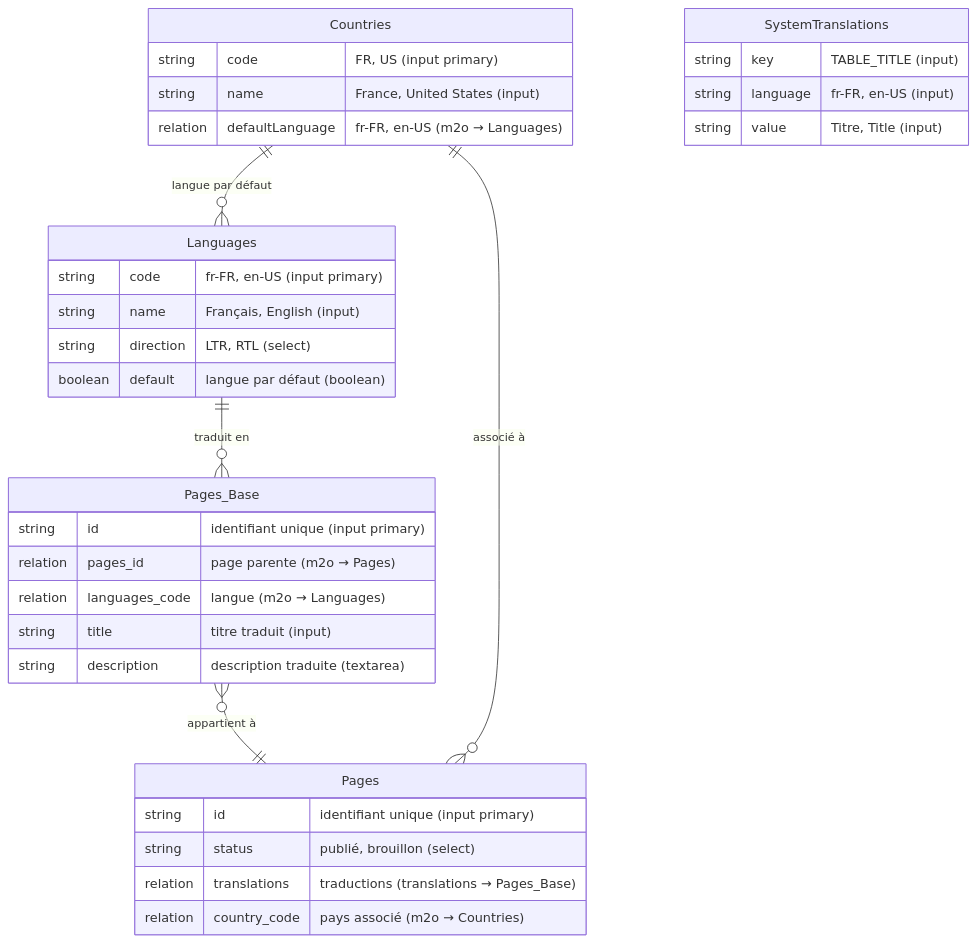
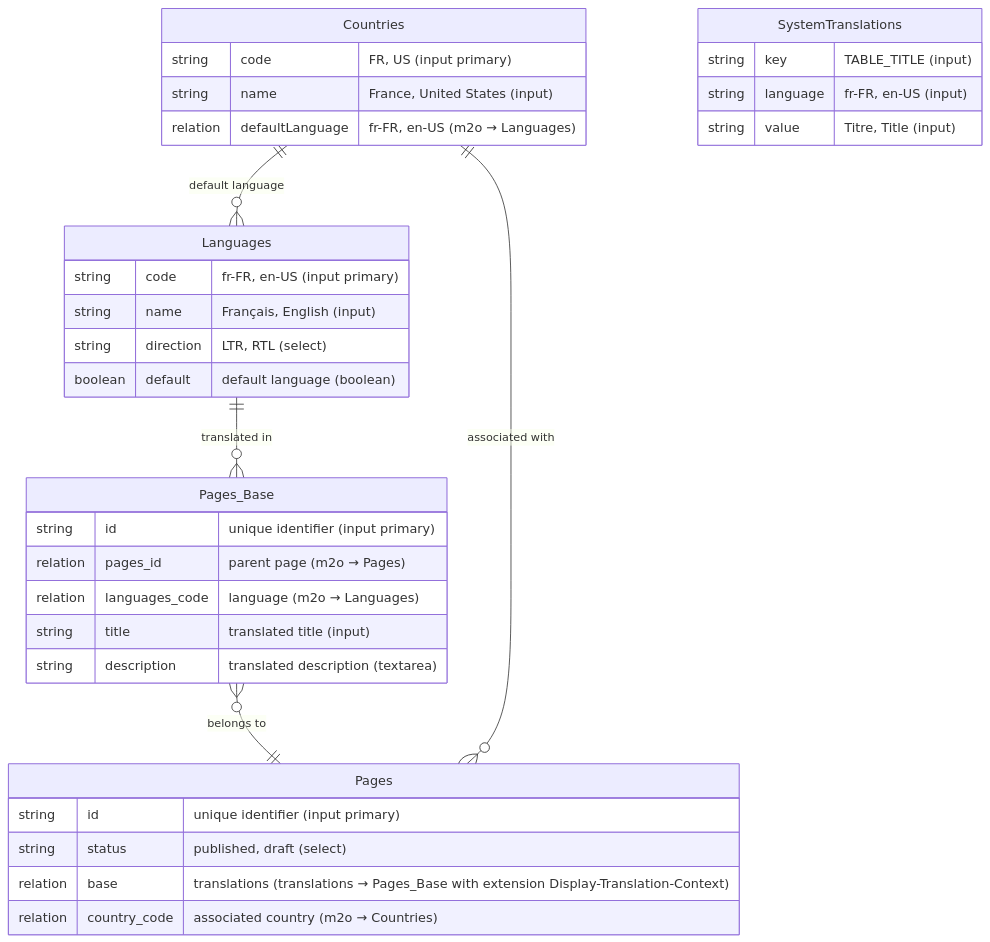
One commit to idee-web/directus-extension-display-translations-context changed the diagram in README.md. Above: the diagram before and after it, drawn with Mermaid. The commit also changed other lines of this file and 6 other files, not shown here.

````diff
--- a/README.md
+++ b/README.md
@@ -374,41 +374,41 @@
 ```mermaid
 erDiagram
-    Languages ||--o{ Pages_Base : "traduit en"
-    Pages_Base }o--|| Pages : "appartient à"
-    Countries ||--o{ Pages : "associé à"
-    Countries ||--o{ Languages : "langue par défaut"
+    Languages ||--o{ Pages_Base : "translated in"
+    Pages_Base }o--|| Pages : "belongs to"
+    Countries ||--o{ Pages : "associated with"
+    Countries ||--o{ Languages : "default language"
 
     Languages {
         string code "fr-FR, en-US (input primary)"
         string name "Français, English (input)"
         string direction "LTR, RTL (select)"
-        boolean default "langue par défaut (boolean)"
+        boolean default "default language (boolean)"
     }
 
     Countries {
         string code "FR, US (input primary)"
         string name "France, United States (input)"
         relation defaultLanguage "fr-FR, en-US (m2o → Languages)"
     }
 
     Pages {
-        string id "identifiant unique (input primary)"
-        string status "publié, brouillon (select)"
-        relation translations "traductions (translations → Pages_Base)"
-        relation country_code "pays associé (m2o → Countries)"
+        string id "unique identifier (input primary)"
+        string status "published, draft (select)"
+        relation base "translations (translations → Pages_Base with extension Display-Translation-Context)"
+        relation country_code "associated country (m2o → Countries)"
     }
 
     Pages_Base {
-        string id "identifiant unique (input primary)"
-        relation pages_id "page parente (m2o → Pages)"
-        relation languages_code "langue (m2o → Languages)"
-        string title "titre traduit (input)"
-        string description "description traduite (textarea)"
+        string id "unique identifier (input primary)"
+        relation pages_id "parent page (m2o → Pages)"
+        relation languages_code "language (m2o → Languages)"
+        string title "translated title (input)"
+        string description "translated description (textarea)"
     }
 
     SystemTranslations {
         string key "TABLE_TITLE (input)"
         string language "fr-FR, en-US (input)"
         string value "Titre, Title (input)"
     }
 ```
````
